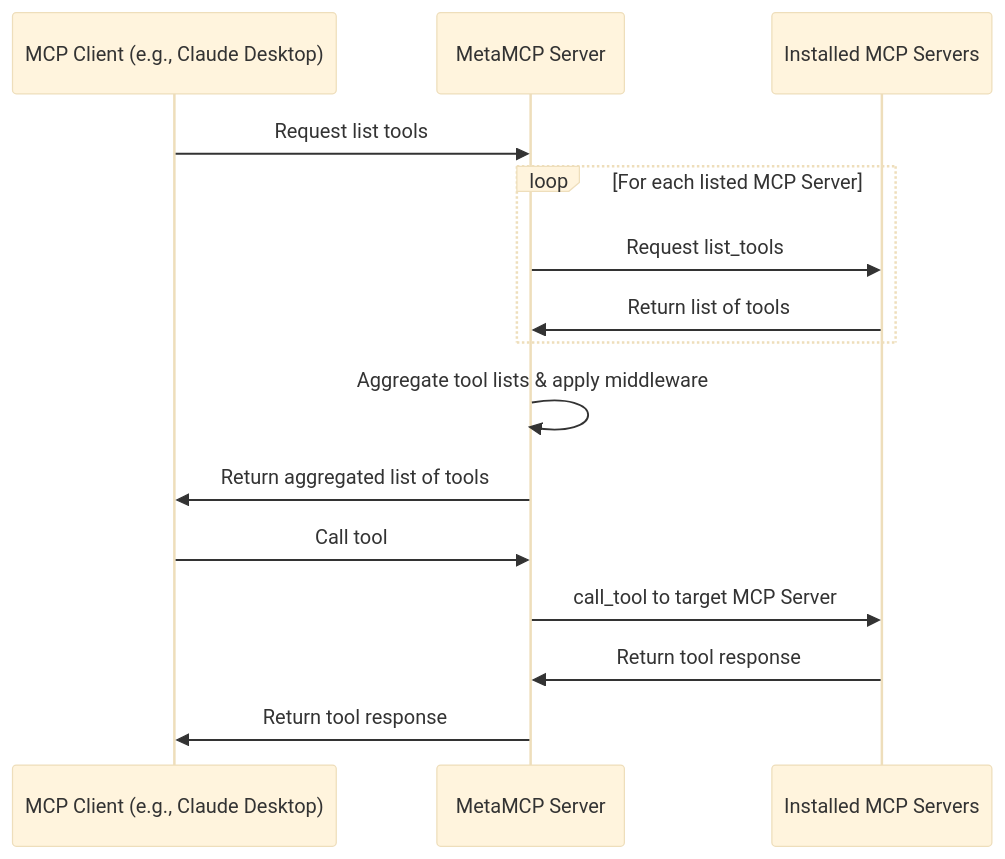
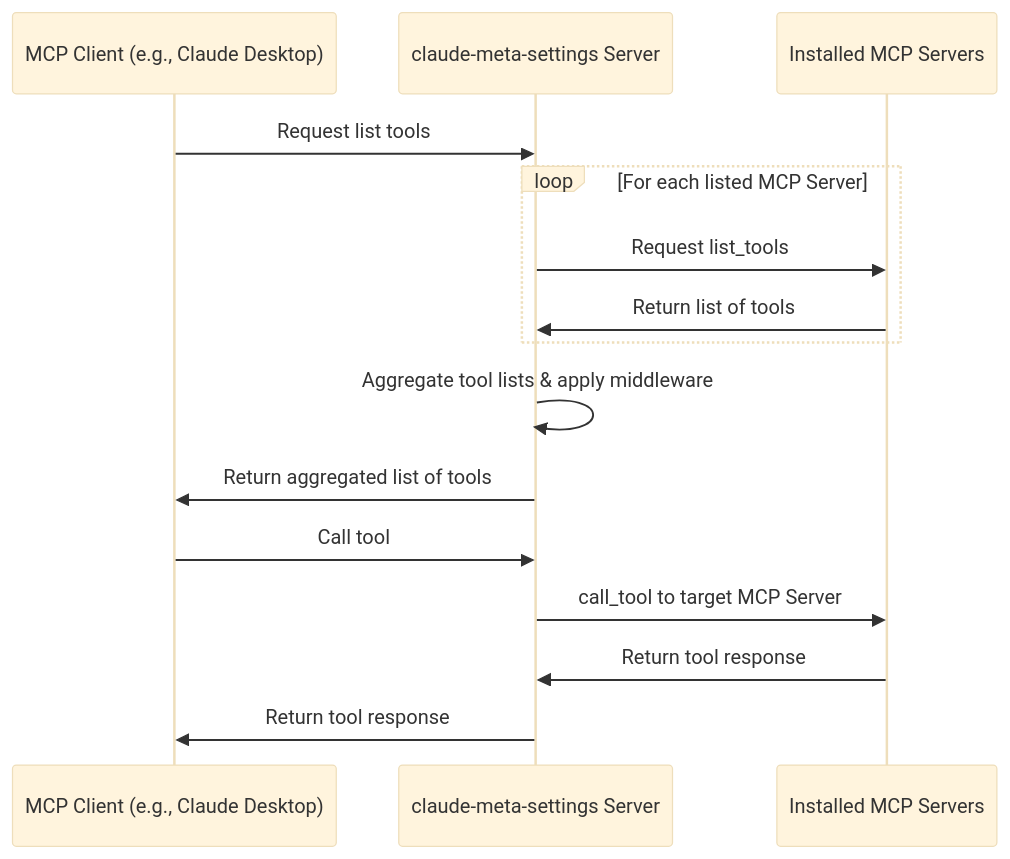
One commit to Kirchlive/claude-meta-settings changed the diagram in README.md. Above: the diagram before and after it, drawn with Mermaid (base theme). The commit also changed other lines of this file and 44 other files, not shown here.

First line of the commit message:
rebrand: MetaMCP -> claude-meta-settings (standalone repo)

````diff
--- a/README.md
+++ b/README.md
@@ -409,21 +401,21 @@
 ```mermaid
 sequenceDiagram
     participant MCPClient as MCP Client (e.g., Claude Desktop)
-    participant MetaMCP as MetaMCP Server
+    participant claude-meta-settings as claude-meta-settings Server
     participant MCPServers as Installed MCP Servers
 
-    MCPClient ->> MetaMCP: Request list tools
+    MCPClient ->> claude-meta-settings: Request list tools
 
     loop For each listed MCP Server
-        MetaMCP ->> MCPServers: Request list_tools
-        MCPServers ->> MetaMCP: Return list of tools
+        claude-meta-settings ->> MCPServers: Request list_tools
+        MCPServers ->> claude-meta-settings: Return list of tools
     end
 
-    MetaMCP ->> MetaMCP: Aggregate tool lists & apply middleware
-    MetaMCP ->> MCPClient: Return aggregated list of tools
+    claude-meta-settings ->> claude-meta-settings: Aggregate tool lists & apply middleware
+    claude-meta-settings ->> MCPClient: Return aggregated list of tools
 
-    MCPClient ->> MetaMCP: Call tool
-    MetaMCP ->> MCPServers: call_tool to target MCP Server
-    MCPServers ->> MetaMCP: Return tool response
-    MetaMCP ->> MCPClient: Return tool response
+    MCPClient ->> claude-meta-settings: Call tool
+    claude-meta-settings ->> MCPServers: call_tool to target MCP Server
+    MCPServers ->> claude-meta-settings: Return tool response
+    claude-meta-settings ->> MCPClient: Return tool response
 ```
````
